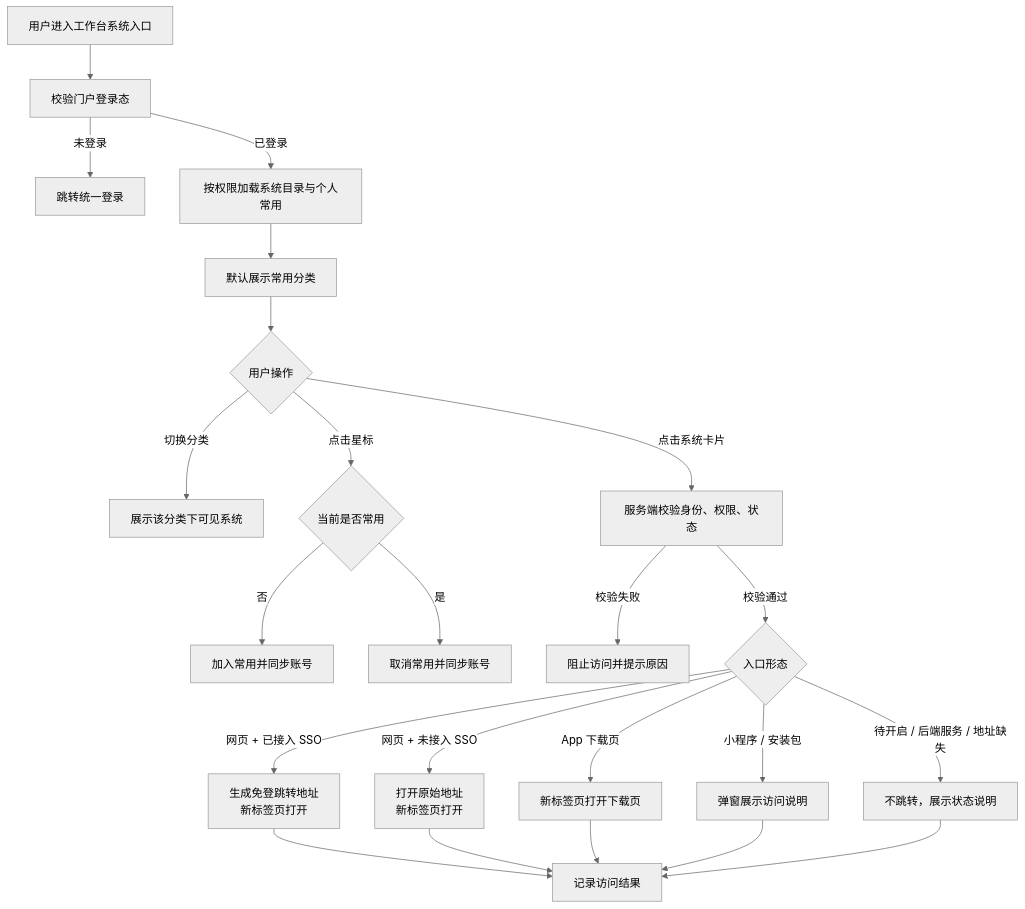
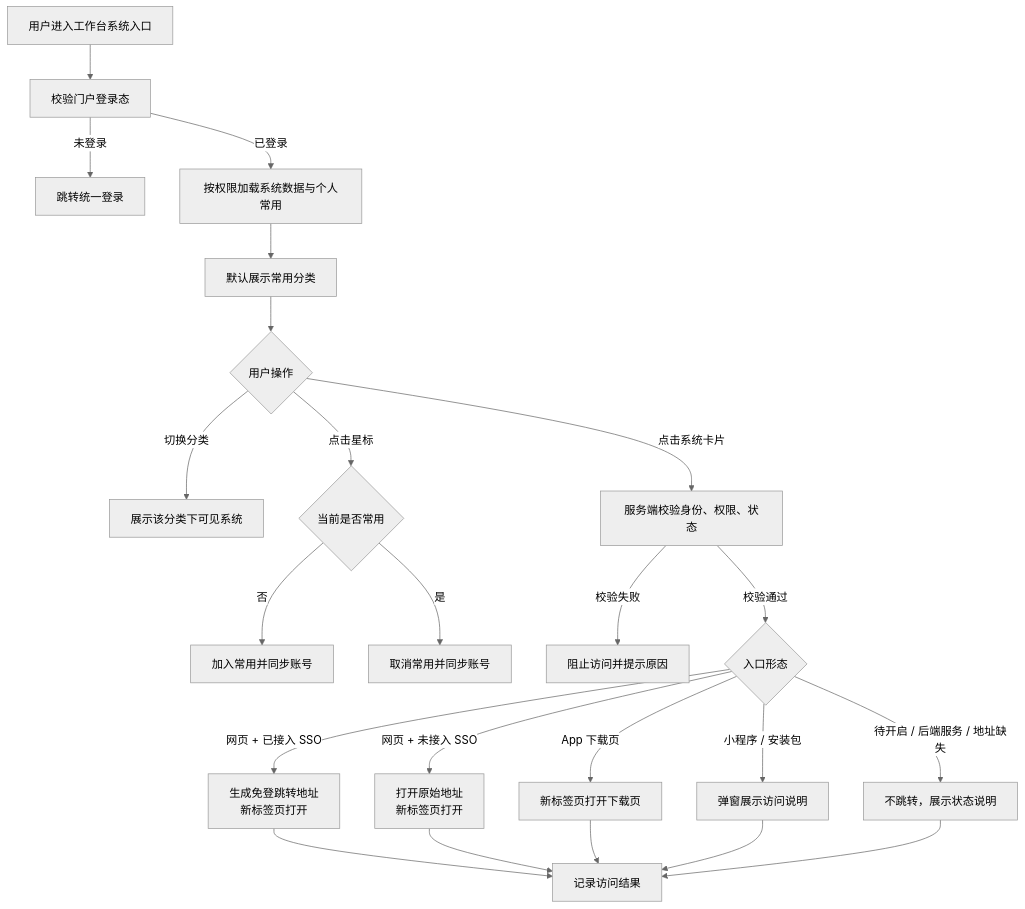
Before and after one commit to fri555/PORTL: the second of 6 diagrams in docs/需求文档/20260716-【PRD】AI工作台-系统入口-天马智擎.md, drawn with Mermaid (neutral theme). The commit also changed other lines of this file, not shown here.

```diff
--- a/docs/需求文档/20260716-【PRD】AI工作台-系统入口-天马智擎.md
+++ b/docs/需求文档/20260716-【PRD】AI工作台-系统入口-天马智擎.md
@@ -279,29 +273,29 @@
 ~~~mermaid
 flowchart TD
     A["用户进入工作台系统入口"] --> B["校验门户登录态"]
     B -->|未登录| C["跳转统一登录"]
-    B -->|已登录| D["按权限加载系统目录与个人常用"]
+    B -->|已登录| D["按权限加载系统数据与个人常用"]
     D --> E["默认展示常用分类"]
     E --> F{"用户操作"}
 
     F -->|"切换分类"| G["展示该分类下可见系统"]
     F -->|"点击星标"| H{"当前是否常用"}
     H -->|否| I["加入常用并同步账号"]
     H -->|是| J["取消常用并同步账号"]
 
     F -->|"点击系统卡片"| K["服务端校验身份、权限、状态"]
     K -->|校验失败| L["阻止访问并提示原因"]
     K -->|校验通过| M{"入口形态"}
 
     M -->|"网页 + 已接入 SSO"| N["生成免登跳转地址<br/>新标签页打开"]
     M -->|"网页 + 未接入 SSO"| O["打开原始地址<br/>新标签页打开"]
     M -->|"App 下载页"| P["新标签页打开下载页"]
     M -->|"小程序 / 安装包"| Q["弹窗展示访问说明"]
     M -->|"待开启 / 后端服务 / 地址缺失"| R["不跳转，展示状态说明"]
 
     N --> S["记录访问结果"]
     O --> S
     P --> S
     Q --> S
     R --> S
 ~~~
```
